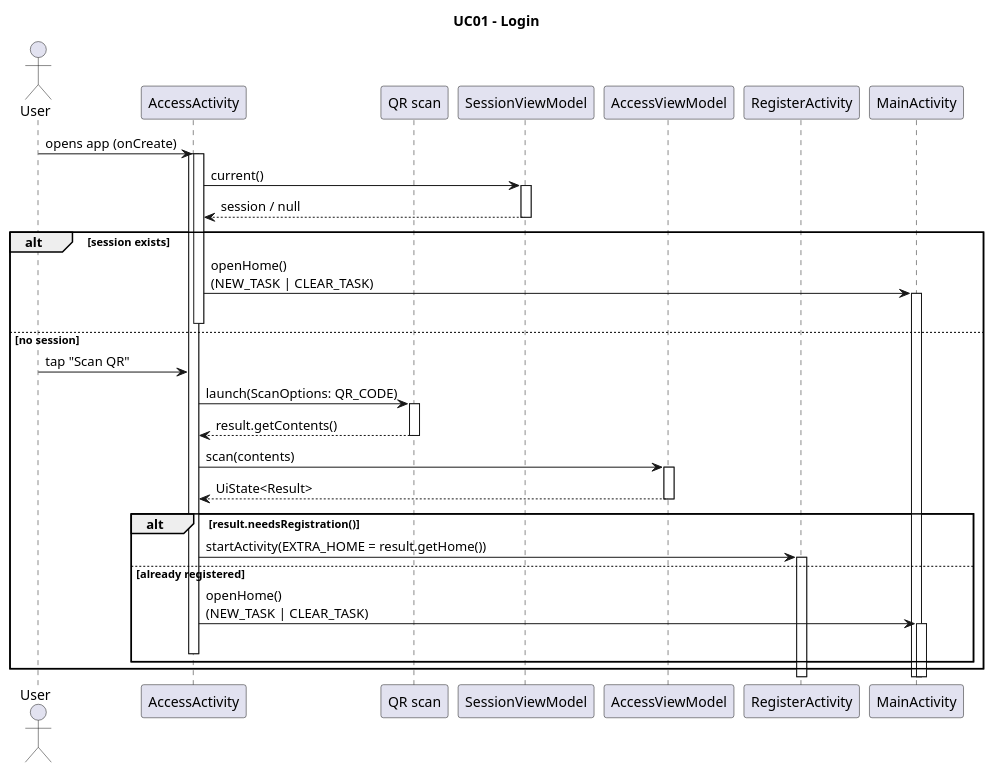
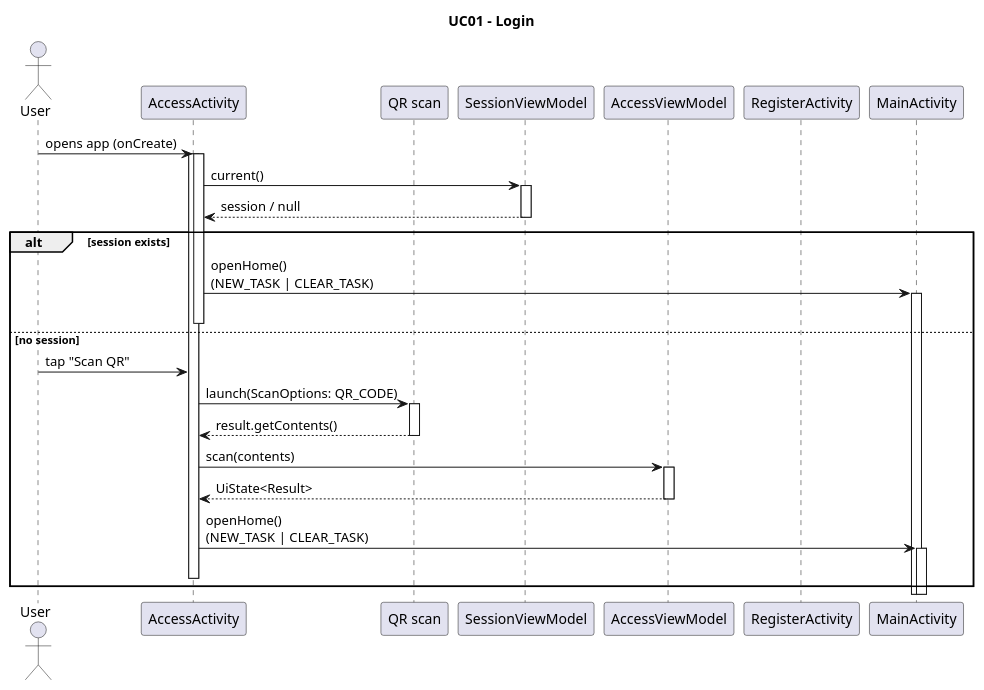
One commit to MiguelSantos568/DSSMV_ProjectDroid_1231121_1240568 changed the diagram in app/doc/UseCases/UC01/puml/SD - UC01.puml. Above: the diagram before and after it, drawn with PlantUML. The commit also changed 7 other files, not shown here.

```diff
--- a/app/doc/UseCases/UC01/puml/SD - UC01.puml
+++ b/app/doc/UseCases/UC01/puml/SD - UC01.puml
@@ -1,40 +1,37 @@
 @startuml
 title UC01 - Login
 
 actor User
 participant AccessActivity as Access
 participant "QR scan" as Scanner
 participant SessionViewModel as Session
 participant AccessViewModel as AccessVM
 participant RegisterActivity as Register
 participant MainActivity as Main
 
 User -> Access ++ : opens app (onCreate)
 activate Access
     Access -> Session ++: current()
     Session --> Access : session / null
     deactivate Session
 
 alt session exists
     Access -> Main ++ : openHome()\n(NEW_TASK | CLEAR_TASK)
     deactivate Access
 else no session
     User -> Access : tap "Scan QR"
         Access -> Scanner ++ : launch(ScanOptions: QR_CODE)
         Scanner --> Access : result.getContents()
         deactivate Scanner
 
         Access -> AccessVM ++ : scan(contents)
         AccessVM --> Access : UiState<Result>
         deactivate AccessVM
 
-        alt result.needsRegistration()
-            Access -> Register ++ : startActivity(EXTRA_HOME = result.getHome())
-        else already registered
-            Access -> Main ++ : openHome()\n(NEW_TASK | CLEAR_TASK)
+        Access -> Main ++ : openHome()\n(NEW_TASK | CLEAR_TASK)
         deactivate Access
-        end
+
 
 end
 
 @enduml
```
